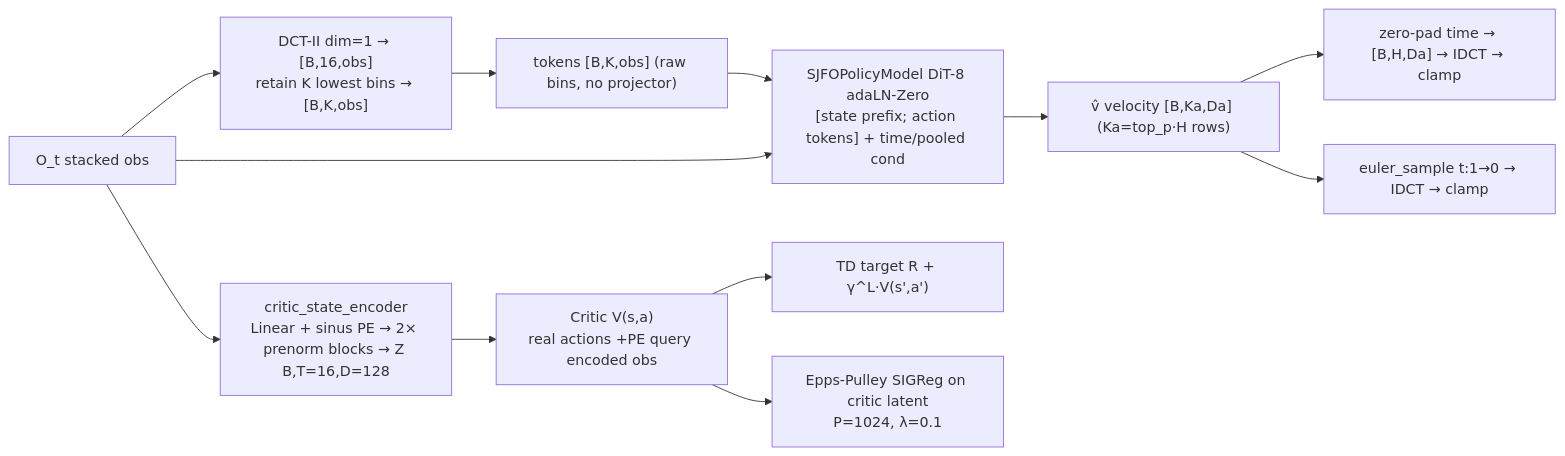
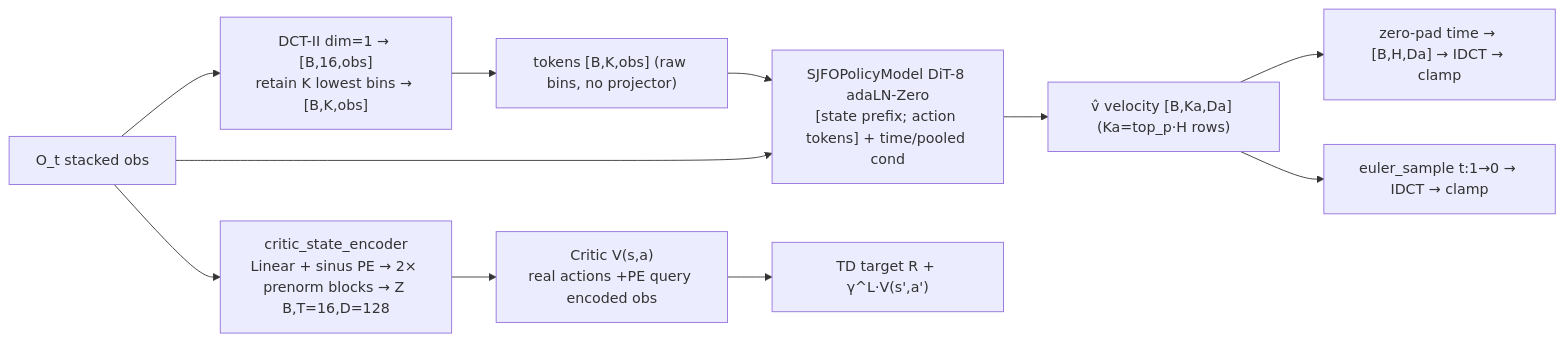
One commit to dzungphieuluuky/flow-policy-optimization changed the diagram in docs/architecture.md. Above: the diagram before and after it, drawn with Mermaid. The commit also changed other lines of this file, not shown here.

Commit message:
Remove SigReg node from architecture doc

````diff
--- a/docs/architecture.md
+++ b/docs/architecture.md
@@ -14,14 +14,13 @@
 ```mermaid
 flowchart LR
   O[O_t stacked obs] --> DCT["DCT-II dim=1 → [B,16,obs]\nretain K lowest bins → [B,K,obs]"]
   DCT --> TOK["tokens [B,K,obs] (raw bins, no projector)"]
   TOK --> DIT["SJFOPolicyModel DiT-8 adaLN-Zero\n[state prefix; action tokens] + time/pooled cond"]
   O --> DIT
   DIT --> V["v̂ velocity [B,Ka,Da] (Ka=top_p·H rows)"]
   V --> PAD["zero-pad time → [B,H,Da] → IDCT → clamp"]
   V --> EUL["euler_sample t:1→0 → IDCT → clamp"]
   O --> CE[critic_state_encoder\nLinear + sinus PE → 2× prenorm blocks → Z B,T=16,D=128]
   CE --> CR["Critic V(s,a)\nreal actions +PE query encoded obs"]
   CR --> TD["TD target R + γ^L·V(s',a')"]
-  CR --> SIG["Epps-Pulley SIGReg on critic latent\nP=1024, λ=0.1"]
 ```
````
